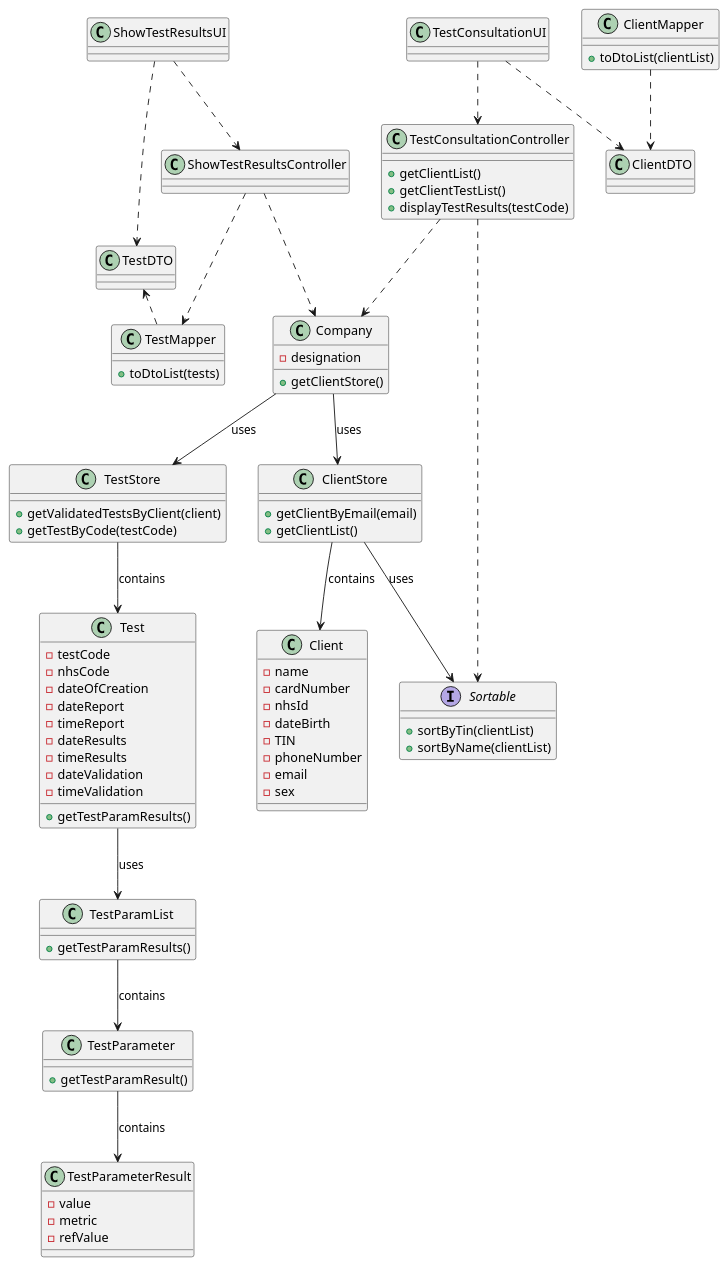
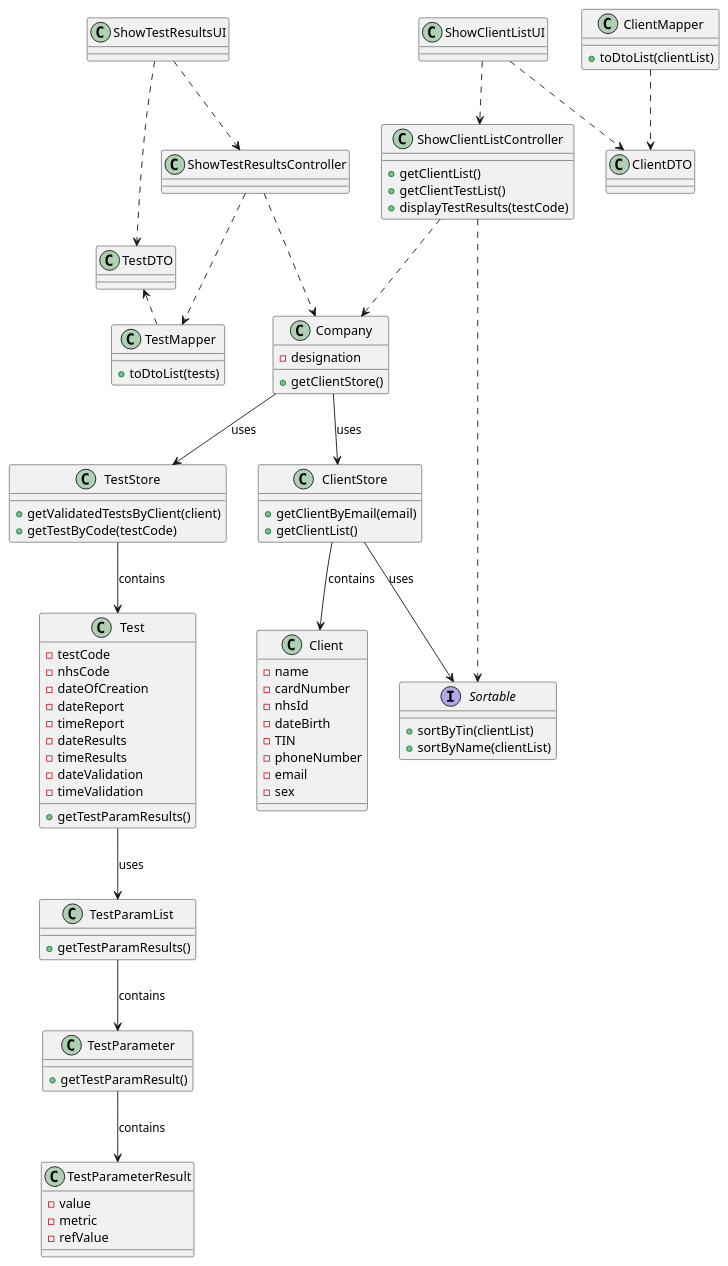
One commit to MadDinosaur/ISEP-LAPR2 changed the diagram in docs/SprintD/US13/US13_CD.puml. Above: the diagram before and after it, drawn with PlantUML. The commit also changed 5 other files, not shown here.

```diff
--- a/docs/SprintD/US13/US13_CD.puml
+++ b/docs/SprintD/US13/US13_CD.puml
@@ -1,105 +1,105 @@
 @startuml
 
-class TestConsultationUI
+class ShowClientListUI
 
-class TestConsultationController{
+class ShowClientListController{
 +getClientList()
 +getClientTestList()
 +displayTestResults(testCode)
 
 
 }
 
 class Client {
 - name
 - cardNumber
 - nhsId
 - dateBirth
 - TIN
 - phoneNumber
 - email
 - sex
 }
 
 class Company{
 -designation
 
 +getClientStore()
 }
 
 interface Sortable{
 +sortByTin(clientList)
 +sortByName(clientList)
 }
 
 class ClientStore {
 + getClientByEmail(email)
 + getClientList()
 }
 
 class ClientMapper{
 + toDtoList(clientList)
 }
 
 class ClientDTO
 
 class ShowTestResultsUI
 
 class ShowTestResultsController
 
 class TestStore {
 + getValidatedTestsByClient(client)
 + getTestByCode(testCode)
 }
 
 class Test {
 - testCode
 - nhsCode
 - dateOfCreation
 - dateReport
 - timeReport
 - dateResults
 - timeResults
 - dateValidation
 - timeValidation
 + getTestParamResults()
 }
 
 class TestMapper {
 + toDtoList(tests)
 }
 
 class TestParamList {
 + getTestParamResults()
 }
 
 class TestParameter {
 + getTestParamResult()
 }
 
 class TestParameterResult {
 - value
 - metric
 - refValue
 }
 
-TestConsultationUI ..> TestConsultationController
-TestConsultationController ..> Company
-TestConsultationController ..> Sortable
+ShowClientListUI ..> ShowClientListController
+ShowClientListController ..> Company
+ShowClientListController ..> Sortable
 ClientStore --> Sortable : uses
 ClientStore --> Client : contains
 ClientMapper ..> ClientDTO
-TestConsultationUI ..> ClientDTO
+ShowClientListUI ..> ClientDTO
 ShowTestResultsUI ..> ShowTestResultsController
 ShowTestResultsUI ..> TestDTO
 ShowTestResultsController ..> TestMapper
 TestMapper .left.> TestDTO
 ShowTestResultsController ..> Company
 Company --> ClientStore : uses
 Company --> TestStore : uses
 TestStore --> Test : contains
 Test --> TestParamList : uses
 TestParamList --> TestParameter : contains
 TestParameter --> TestParameterResult : contains
 
 @enduml
```
